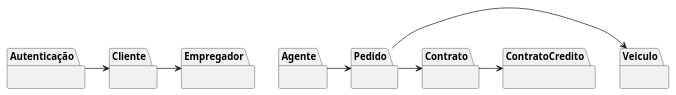
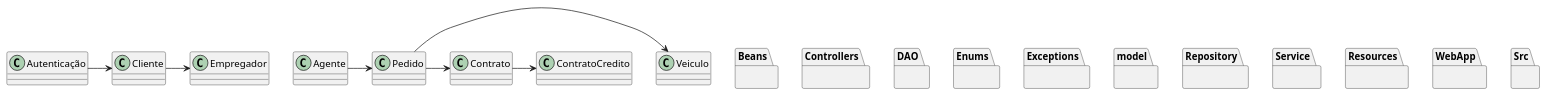
Before and after one commit to lucasxae/RentCarSystem: the diagram in Projeto/Diagrama de Pacotes/diagramaDePacote.puml, drawn with PlantUML. The commit also changed 4 other files, not shown here.

Commit message:
arrumando diagramas. OBS = diagrama de pacote nao esta atualizado ainda

```diff
--- a/Projeto/Diagrama de Pacotes/diagramaDePacote.puml
+++ b/Projeto/Diagrama de Pacotes/diagramaDePacote.puml
@@ -1,32 +1,40 @@
 @startuml
-package "Autenticação" {
+package "Beans" {
 }
 
-package "Cliente" {
+package "Controllers" {
 }
 
-package "Agente" {
+package "DAO" {
 }
 
-package "Empregador" {
+package "Enums" {
 }
 
-package "Pedido" {
+package "Exceptions" {
 }
 
-package "Veiculo" {
+package "model" {
 }
 
-package "Contrato" {
+package "Repository" {
 }
 
-package "ContratoCredito" {
+package "Service" {
 }
 
+package "Resources" {
+}
+
+package "WebApp" {
+}
+
+package "Src" {
+}
 "Autenticação" -> "Cliente"
 "Agente" -> "Pedido"
 "Pedido" -> "Veiculo"
 "Pedido" -> "Contrato"
 "Contrato" -> "ContratoCredito"
 "Cliente" -> "Empregador"
 @enduml
```
